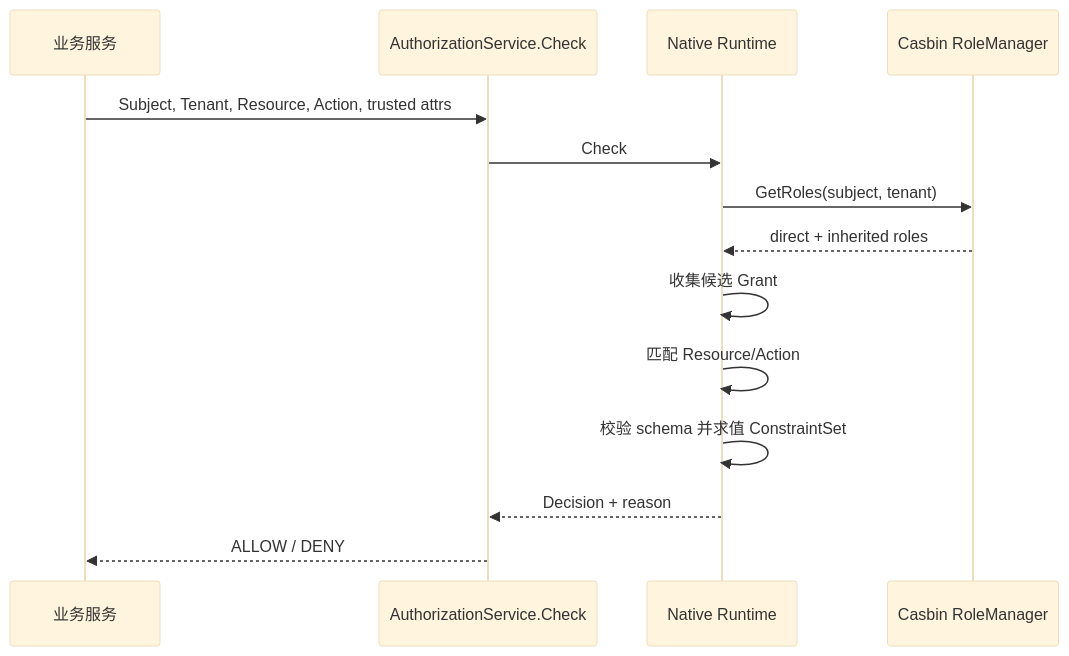
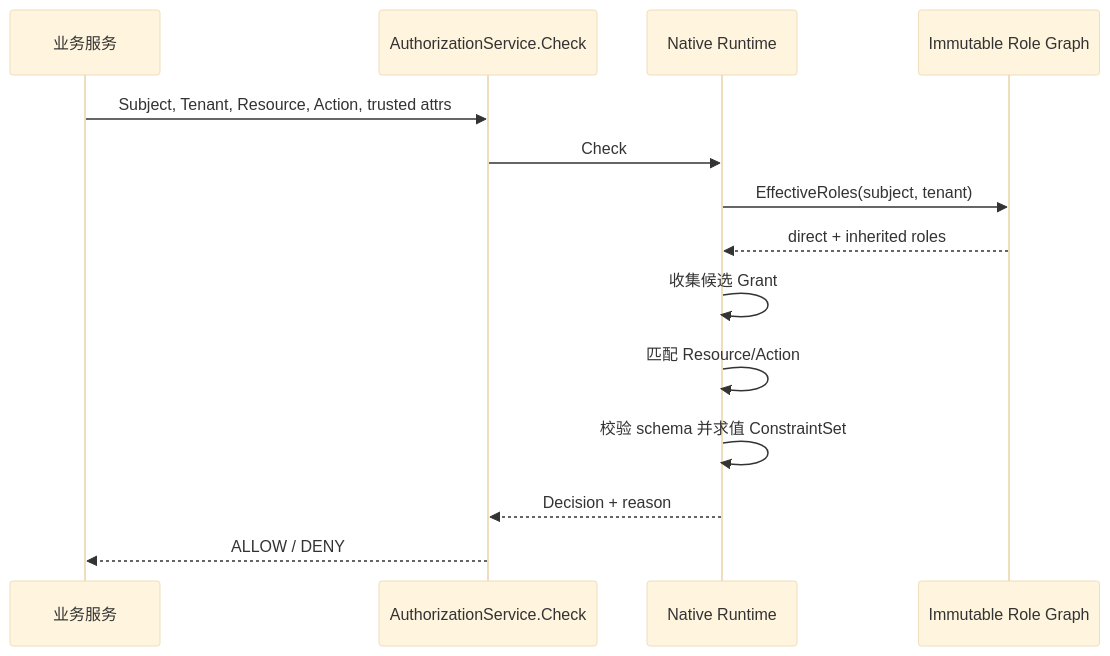
One commit to FangcunMount/iam changed the diagram in docs/02-业务模块/03-AuthZ/02-关键链路-授权判定与不可变快照.md. Above: the diagram before and after it, drawn with Mermaid (base theme). The commit also changed other lines of this file and 40 other files, not shown here.

First line of the commit message:
refactor(authz):  从Casbin迁移到不可变角色图

````diff
--- a/docs/02-业务模块/03-AuthZ/02-关键链路-授权判定与不可变快照.md
+++ b/docs/02-业务模块/03-AuthZ/02-关键链路-授权判定与不可变快照.md
@@ -67,16 +67,16 @@
 ```mermaid
 sequenceDiagram
   participant Caller as 业务服务
   participant GRPC as AuthorizationService.Check
   participant RT as Native Runtime
-  participant RM as Casbin RoleManager
+  participant RG as Immutable Role Graph
   Caller->>GRPC: Subject, Tenant, Resource, Action, trusted attrs
   GRPC->>RT: Check
-  RT->>RM: GetRoles(subject, tenant)
-  RM-->>RT: direct + inherited roles
+  RT->>RG: EffectiveRoles(subject, tenant)
+  RG-->>RT: direct + inherited roles
   RT->>RT: 收集候选 Grant
   RT->>RT: 匹配 Resource/Action
   RT->>RT: 校验 schema 并求值 ConstraintSet
   RT-->>GRPC: Decision + reason
   GRPC-->>Caller: ALLOW / DENY
 ```
````
